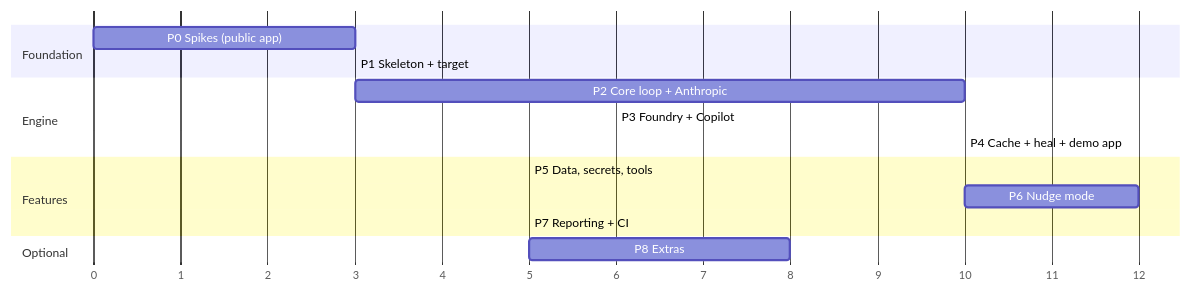
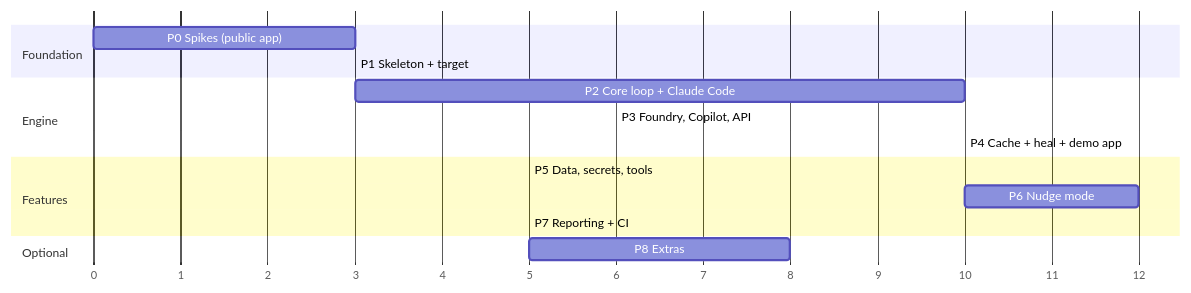
One commit to knoppies999/ai-playwright changed the diagram in docs/10-implementation-plan.md. Above: the diagram before and after it, drawn with Mermaid. The commit also changed other lines of this file and 8 other files, not shown here.

````diff
--- a/docs/10-implementation-plan.md
+++ b/docs/10-implementation-plan.md
@@ -8,18 +8,18 @@
 ```mermaid
 gantt
   dateFormat X
   axisFormat %s
   section Foundation
   P0 Spikes (public app)    :p0, 0, 3
   P1 Skeleton + target      :p1, after p0, 3
   section Engine
-  P2 Core loop + Anthropic  :p2, after p1, 10
-  P3 Foundry + Copilot      :p3, after p2, 6
+  P2 Core loop + Claude Code:p2, after p1, 10
+  P3 Foundry, Copilot, API  :p3, after p2, 6
   P4 Cache + heal + demo app:p4, after p2, 10
   section Features
   P5 Data, secrets, tools   :p5, after p4, 5
   P6 Nudge mode             :p6, after p4, 12
   P7 Reporting + CI         :p7, after p5, 5
   section Optional
   P8 Extras                 :p8, after p7, 8
 ```
````
